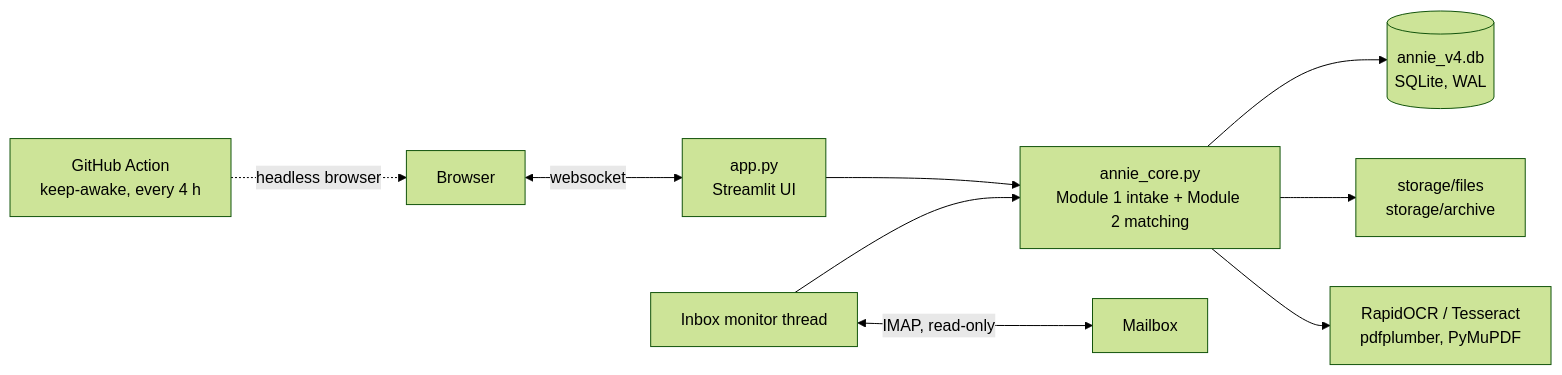
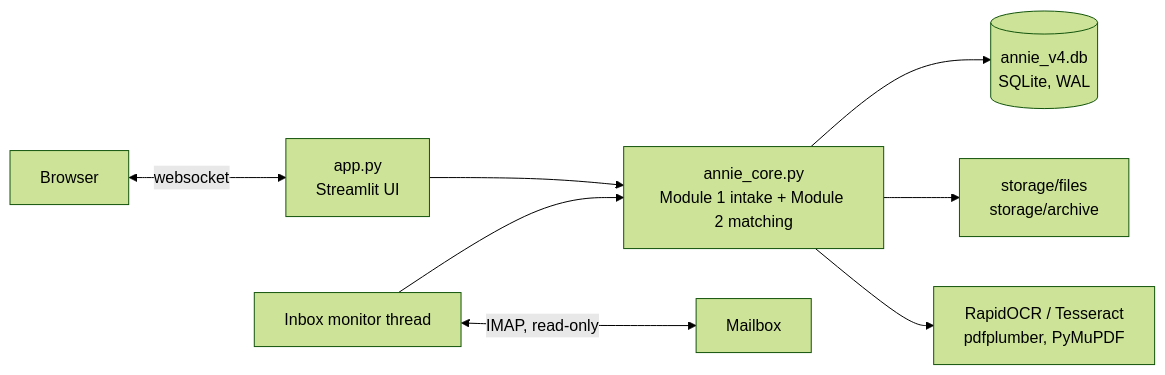
The first of 3 diagrams in docs/ARCHITECTURE.md (ryanteoyx/anniev5), drawn with Mermaid (forest theme) before and after one commit. The commit also changed other lines of this file and 5 other files, not shown here.

First line of the commit message:
Deploy: Railway is the live host; retire the Streamlit keep-awake job

````diff
--- a/docs/ARCHITECTURE.md
+++ b/docs/ARCHITECTURE.md
@@ -29,11 +29,10 @@
 ```mermaid
 flowchart LR
     U[Browser] <-- websocket --> APP[app.py<br/>Streamlit UI]
     APP --> CORE[annie_core.py<br/>Module 1 intake + Module 2 matching]
     CORE --> DB[(annie_v4.db<br/>SQLite, WAL)]
     CORE --> FS[storage/files<br/>storage/archive]
     CORE --> OCR[RapidOCR / Tesseract<br/>pdfplumber, PyMuPDF]
     MON[Inbox monitor thread] --> CORE
     MON <-- IMAP, read-only --> MAIL[Mailbox]
-    GH[GitHub Action<br/>keep-awake, every 4 h] -. headless browser .-> U
 ```
````
